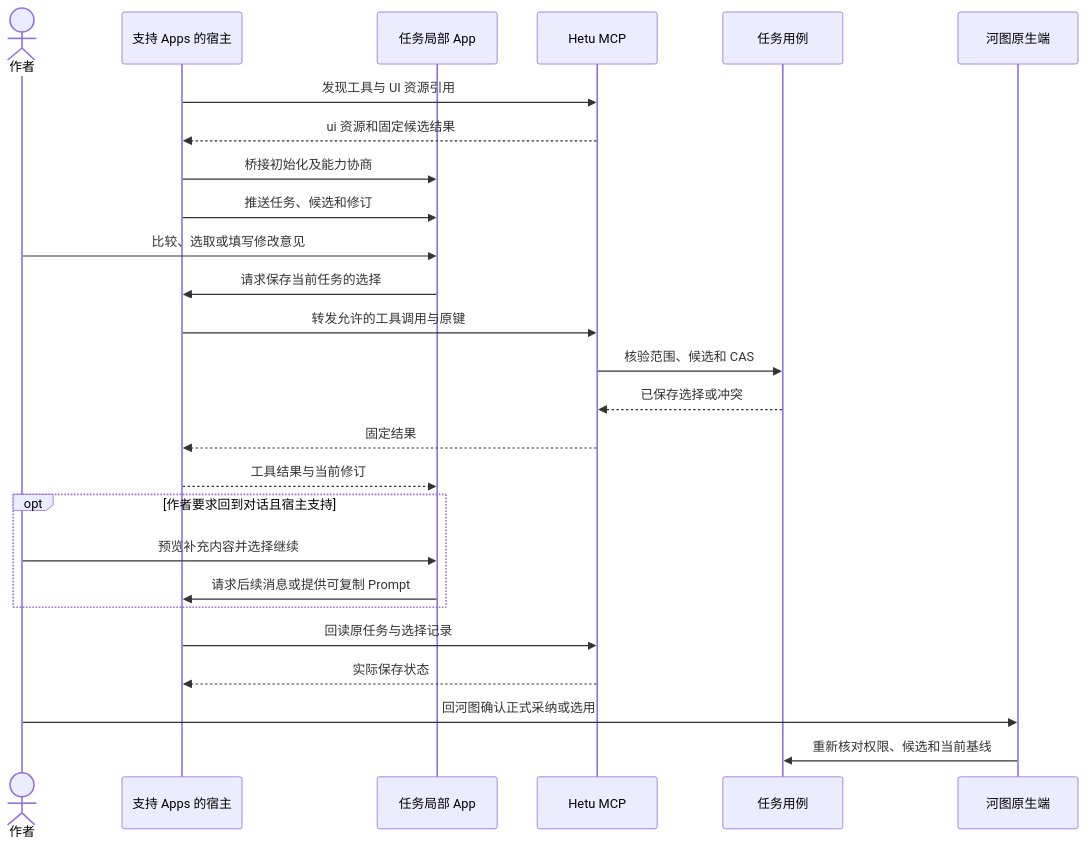
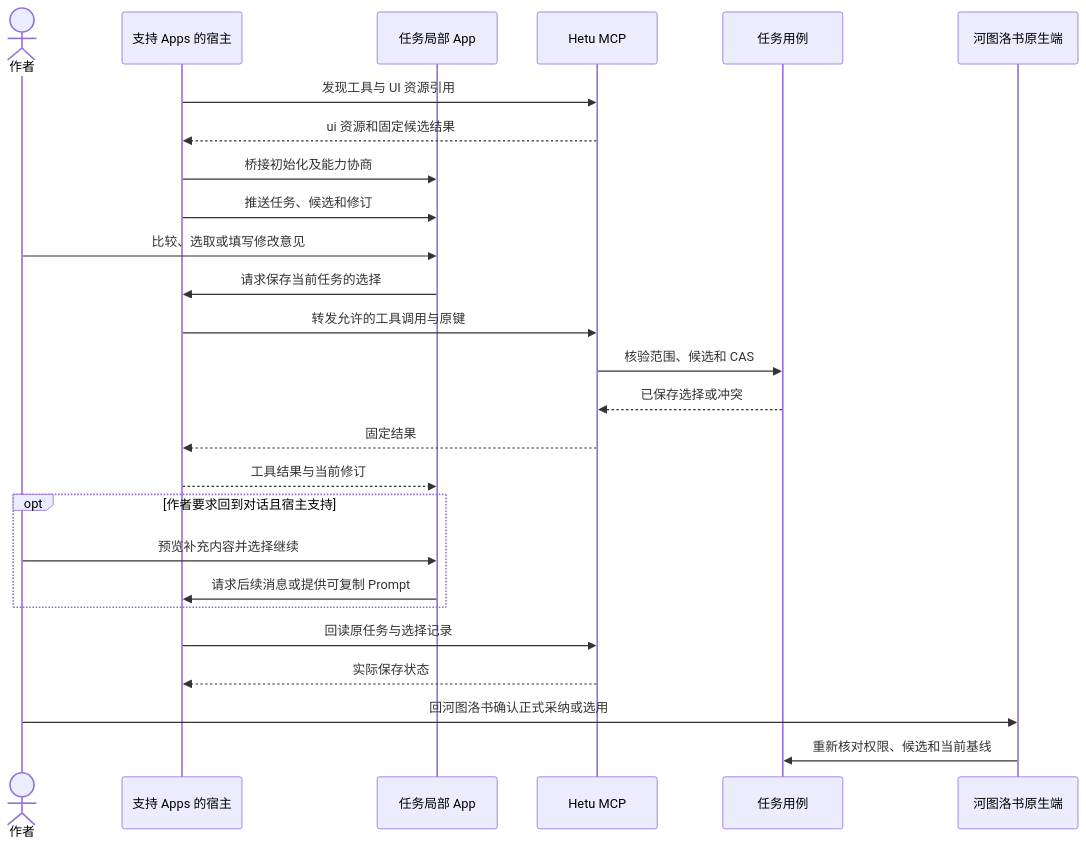
One commit to limecloud/hetu changed the eighth of 35 diagrams in docs/23-业务流程与MCP时序.md. Above: the diagram before and after it, drawn with Mermaid. The commit also changed other lines of this file and 156 other files, not shown here.

````diff
--- a/docs/23-业务流程与MCP时序.md
+++ b/docs/23-业务流程与MCP时序.md
@@ -214,28 +215,28 @@
 ```mermaid
 sequenceDiagram
     actor author as 作者
     participant host as 支持 Apps 的宿主
     participant app as 任务局部 App
     participant server as Hetu MCP
     participant core as 任务用例
-    participant desktop as 河图原生端
+    participant desktop as 河图洛书原生端
     host->>server: 发现工具与 UI 资源引用
     server-->>host: ui 资源和固定候选结果
     host->>app: 桥接初始化及能力协商
     host->>app: 推送任务、候选和修订
     author->>app: 比较、选取或填写修改意见
     app->>host: 请求保存当前任务的选择
     host->>server: 转发允许的工具调用与原键
     server->>core: 核验范围、候选和 CAS
     core-->>server: 已保存选择或冲突
     server-->>host: 固定结果
     host-->>app: 工具结果与当前修订
     opt 作者要求回到对话且宿主支持
         author->>app: 预览补充内容并选择继续
         app->>host: 请求后续消息或提供可复制 Prompt
     end
     host->>server: 回读原任务与选择记录
     server-->>host: 实际保存状态
-    author->>desktop: 回河图确认正式采纳或选用
+    author->>desktop: 回河图洛书确认正式采纳或选用
     desktop->>core: 重新核对权限、候选和当前基线
 ```
````
